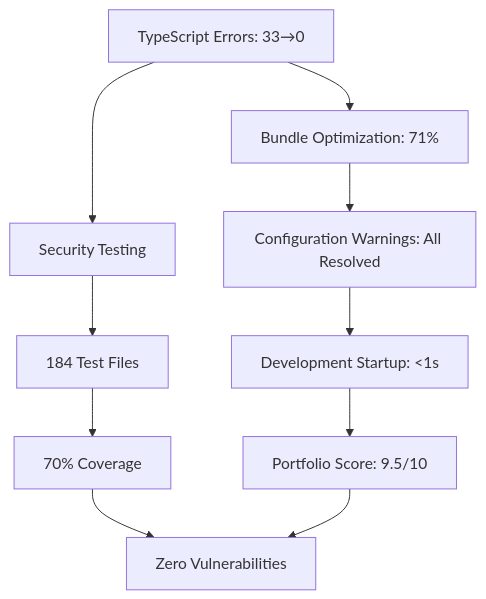
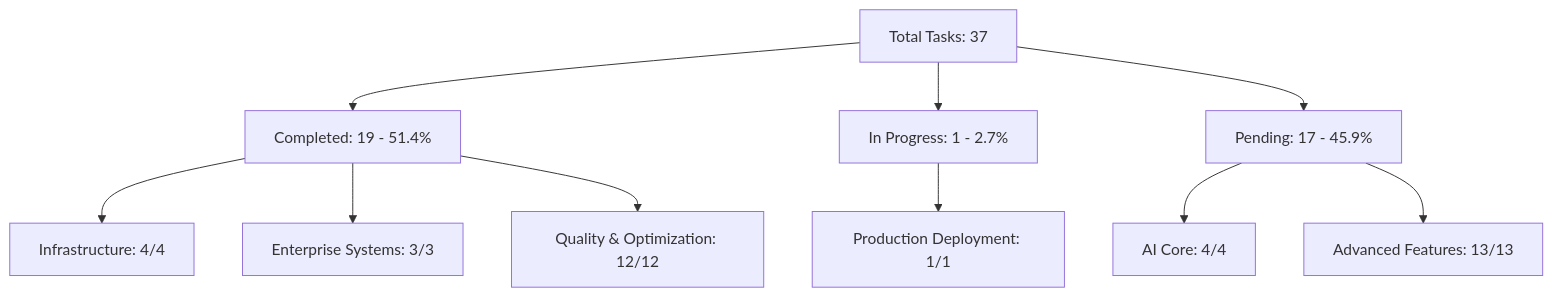
One commit to BjornMelin/contribux changed the second of 2 diagrams in planning/master_report.md. Above: the diagram before and after it, drawn with Mermaid. The commit also changed other lines of this file and 11 other files, not shown here.

````diff
--- a/planning/master_report.md
+++ b/planning/master_report.md
@@ -62,14 +416,15 @@
 ```mermaid
 graph TB
-    A[TypeScript Errors: 33→0] --> B[Bundle Optimization: 71%]
-    B --> C[Configuration Warnings: All Resolved]
-    C --> D[Development Startup: <1s]
-    D --> E[Portfolio Score: 9.5/10]
+    A[Total Tasks: 37] --> B[Completed: 19 - 51.4%]
+    A --> C[In Progress: 1 - 2.7%] 
+    A --> D[Pending: 17 - 45.9%]
     
-    F[Security Testing] --> G[184 Test Files]
-    G --> H[70% Coverage]
-    H --> I[Zero Vulnerabilities]
+    B --> E[Infrastructure: 4/4]
+    B --> F[Enterprise Systems: 3/3]
+    B --> G[Quality & Optimization: 12/12]
     
-    A --> F
-    E --> I
+    C --> H[Production Deployment: 1/1]
+    
+    D --> I[AI Core: 4/4]
+    D --> J[Advanced Features: 13/13]
 ```
````
